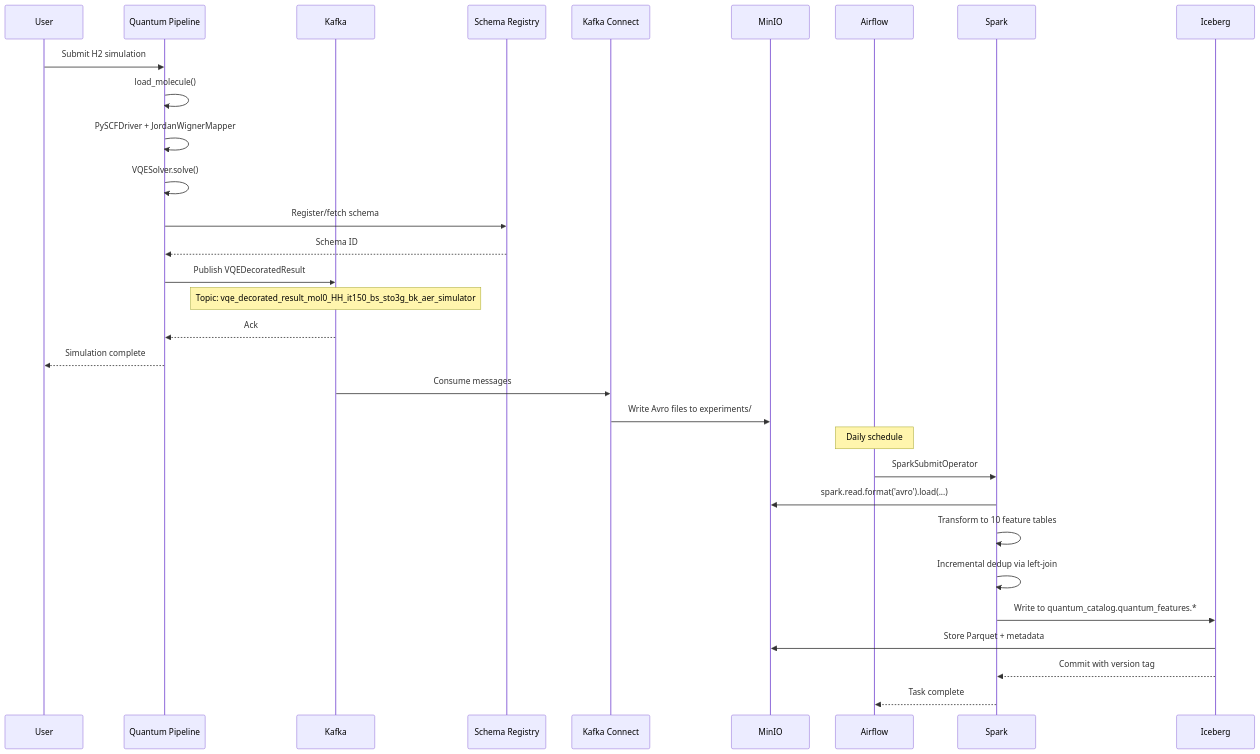
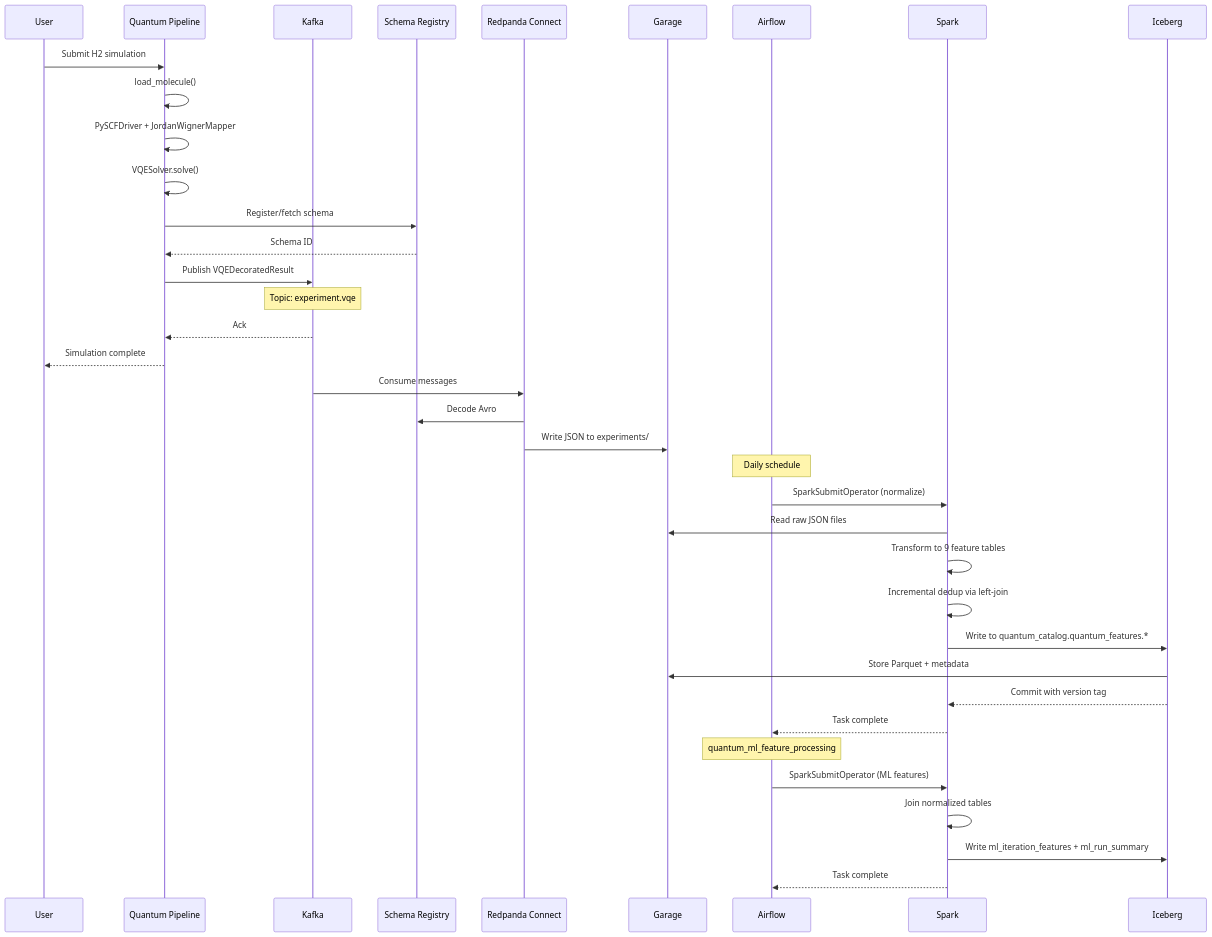
Before and after one commit to straightchlorine/quantum-pipeline: the fourth of 4 diagrams in docs/architecture/data-flow.md, drawn with Mermaid. The commit also changed other lines of this file and 146 other files, not shown here.

````diff
--- a/docs/architecture/data-flow.md
+++ b/docs/architecture/data-flow.md
@@ -487,42 +234,49 @@
 ```mermaid
 sequenceDiagram
     participant User
     participant CLI as Quantum Pipeline
     participant Kafka
     participant Registry as Schema Registry
-    participant KC as Kafka Connect
-    participant MinIO
+    participant RC as Redpanda Connect
+    participant Garage
     participant Airflow
     participant Spark
     participant Iceberg
 
     User->>CLI: Submit H2 simulation
     CLI->>CLI: load_molecule()
     CLI->>CLI: PySCFDriver + JordanWignerMapper
     CLI->>CLI: VQESolver.solve()
 
     CLI->>Registry: Register/fetch schema
     Registry-->>CLI: Schema ID
 
     CLI->>Kafka: Publish VQEDecoratedResult
-    Note over Kafka: Topic: vqe_decorated_result_mol0_HH_it150_bs_sto3g_bk_aer_simulator
+    Note over Kafka: Topic: experiment.vqe
     Kafka-->>CLI: Ack
 
     CLI-->>User: Simulation complete
 
-    Kafka->>KC: Consume messages
-    KC->>MinIO: Write Avro files to experiments/
+    Kafka->>RC: Consume messages
+    RC->>Registry: Decode Avro
+    RC->>Garage: Write JSON to experiments/
 
     Note over Airflow: Daily schedule
-    Airflow->>Spark: SparkSubmitOperator
+    Airflow->>Spark: SparkSubmitOperator (normalize)
 
-    Spark->>MinIO: spark.read.format('avro').load(...)
-    Spark->>Spark: Transform to 10 feature tables
+    Spark->>Garage: Read raw JSON files
+    Spark->>Spark: Transform to 9 feature tables
     Spark->>Spark: Incremental dedup via left-join
 
     Spark->>Iceberg: Write to quantum_catalog.quantum_features.*
-    Iceberg->>MinIO: Store Parquet + metadata
+    Iceberg->>Garage: Store Parquet + metadata
     Iceberg-->>Spark: Commit with version tag
 
     Spark-->>Airflow: Task complete
+
+    Note over Airflow: quantum_ml_feature_processing
+    Airflow->>Spark: SparkSubmitOperator (ML features)
+    Spark->>Spark: Join normalized tables
+    Spark->>Iceberg: Write ml_iteration_features + ml_run_summary
+    Spark-->>Airflow: Task complete
 ```
````
